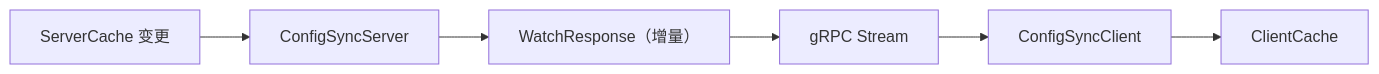
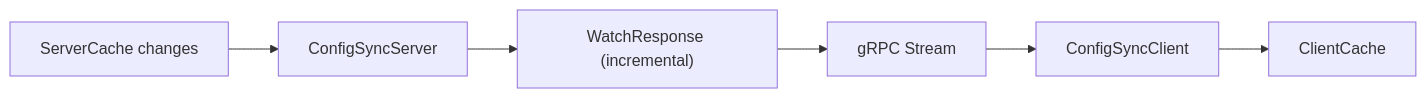
Before and after one commit to Pandaala/Edgion: the second of 4 diagrams in skills/01-architecture/05-resources/00-resource-flow.md, drawn with Mermaid. The commit also changed other lines of this file and 1373 other files, not shown here.

````diff
--- a/skills/01-architecture/05-resources/00-resource-flow.md
+++ b/skills/01-architecture/05-resources/00-resource-flow.md
@@ -47,8 +47,8 @@
 ```mermaid
 flowchart LR
-    A[ServerCache 变更] --> B[ConfigSyncServer]
-    B --> C["WatchResponse（增量）"]
+    A[ServerCache changes] --> B[ConfigSyncServer]
+    B --> C["WatchResponse (incremental)"]
     C --> D[gRPC Stream]
     D --> E[ConfigSyncClient]
     E --> F[ClientCache]
 ```
````
